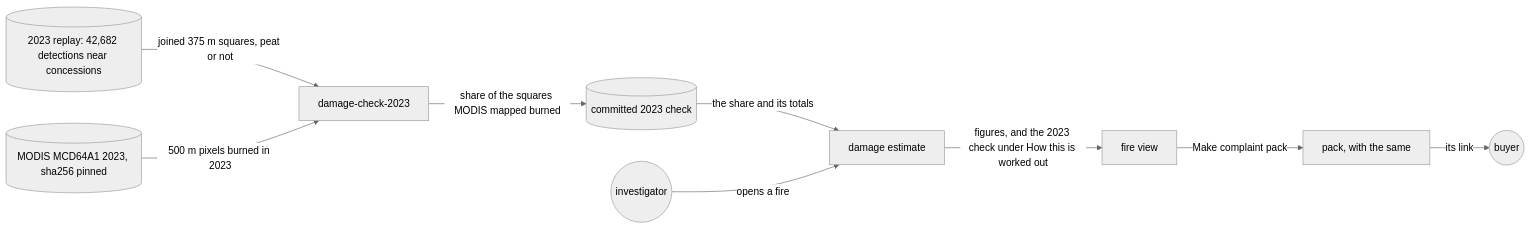
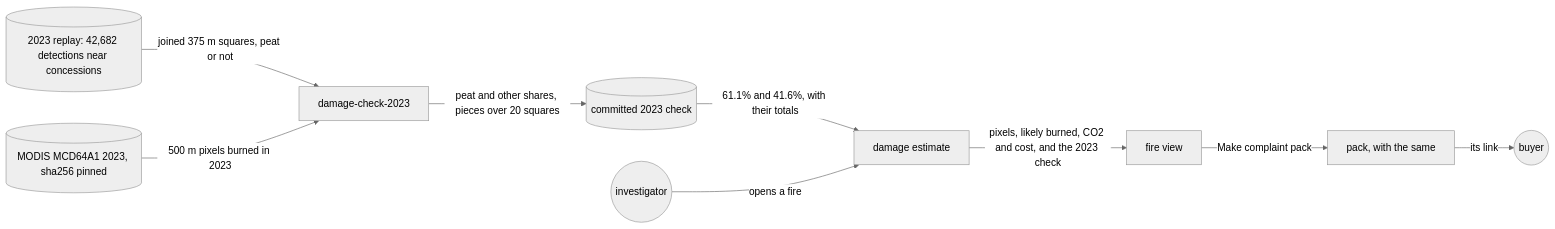
The diagram in docs/specs/damage-check.md (dzaffren/fire-watch), drawn with Mermaid (neutral theme) before and after one commit. The commit also changed other lines of this file, not shown here.

Commit message:
docs(spec): add damage-check's scenarios from the MODIS shares, pause 1

````diff
--- a/docs/specs/damage-check.md
+++ b/docs/specs/damage-check.md
@@ -70,11 +71,11 @@
 ```mermaid
 flowchart LR
     R[("2023 replay: 42,682 detections near concessions")] -- "joined 375 m squares, peat or not" --> K[damage-check-2023]
     M[("MODIS MCD64A1 2023, sha256 pinned")] -- "500 m pixels burned in 2023" --> K
-    K -- "share of the squares MODIS mapped burned" --> S[("committed 2023 check")]
-    S -- "the share and its totals" --> E[damage estimate]
+    K -- "peat and other shares, pieces over 20 squares" --> S[("committed 2023 check")]
+    S -- "61.1% and 41.6%, with their totals" --> E[damage estimate]
     I((investigator)) -- "opens a fire" --> E
-    E -- "figures, and the 2023 check under How this is worked out" --> V[fire view]
+    E -- "pixels, likely burned, CO2 and cost, and the 2023 check" --> V[fire view]
     V -- "Make complaint pack" --> P[pack, with the same]
     P -- "its link" --> B((buyer))
 ```
````
